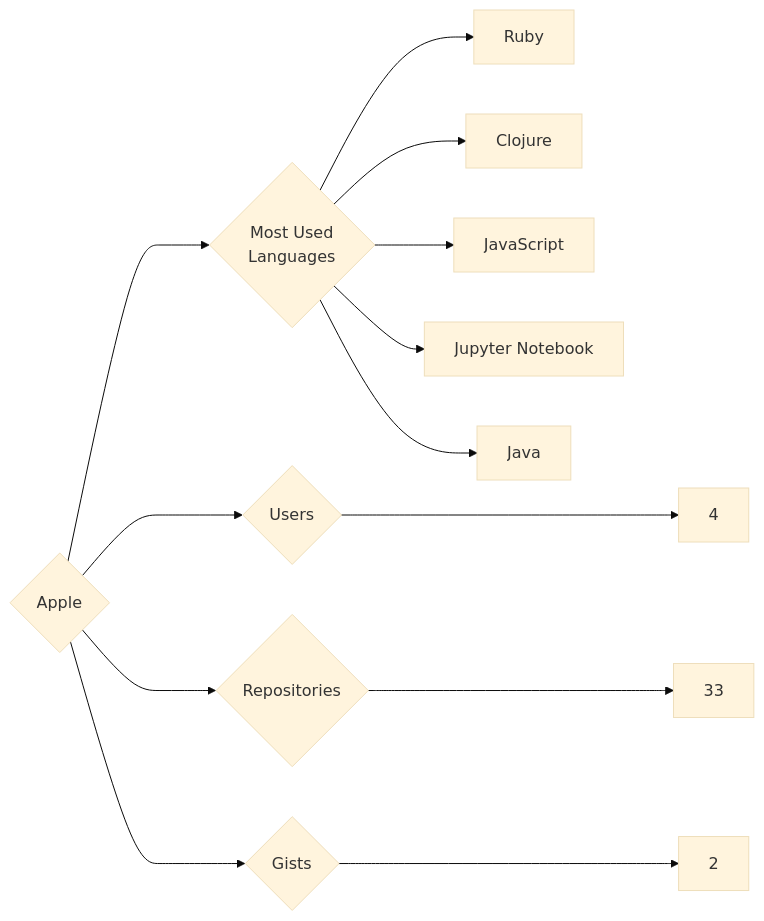
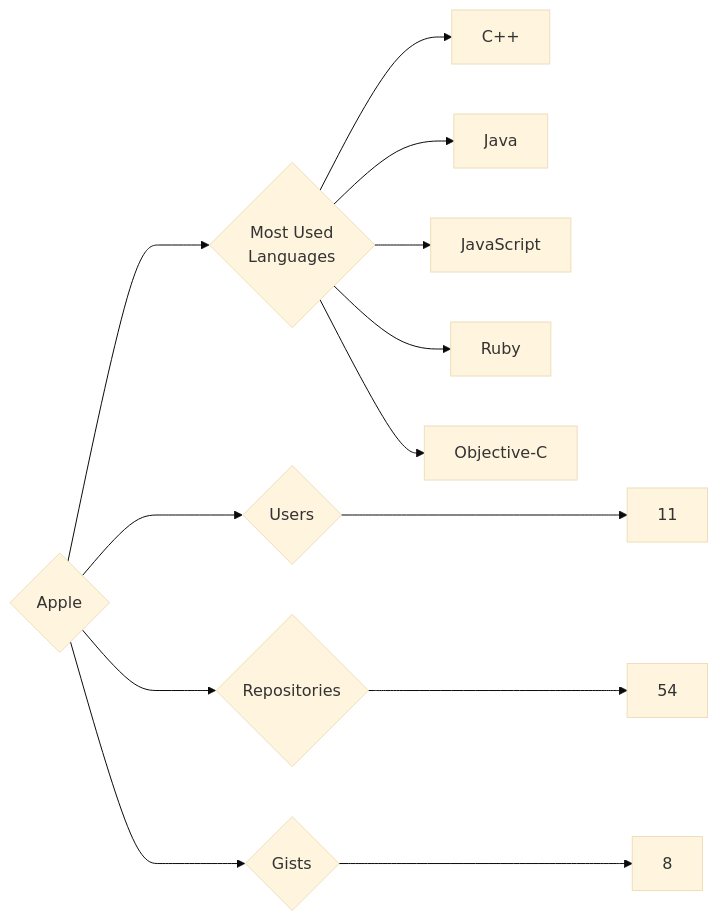
One commit to trickest/insiders changed the diagram in targets/Apple/README.md. Above: the diagram before and after it, drawn with Mermaid (base theme). The commit also changed 1055 other files, not shown here.

````diff
--- a/targets/Apple/README.md
+++ b/targets/Apple/README.md
@@ -3,13 +3,13 @@
 ```mermaid
 graph LR
 COMPANY_NAME{Apple}
-COMPANY_NAME ---> U{Users} ---> UN[4]
-COMPANY_NAME ---> R{Repositories} ---> RN[33]
-COMPANY_NAME ---> G{Gists} ---> GN[2]
+COMPANY_NAME ---> U{Users} ---> UN[11]
+COMPANY_NAME ---> R{Repositories} ---> RN[54]
+COMPANY_NAME ---> G{Gists} ---> GN[8]
 COMPANY_NAME ---> ML{Most Used<br>Languages}
+ML --> C++[C++]
+ML --> Java[Java]
+ML --> JavaScript[JavaScript]
 ML --> Ruby[Ruby]
-ML --> Clojure[Clojure]
-ML --> JavaScript[JavaScript]
-ML --> Jupyter_Notebook[Jupyter Notebook]
-ML --> Java[Java]
+ML --> Objective-C[Objective-C]
 ```
````
